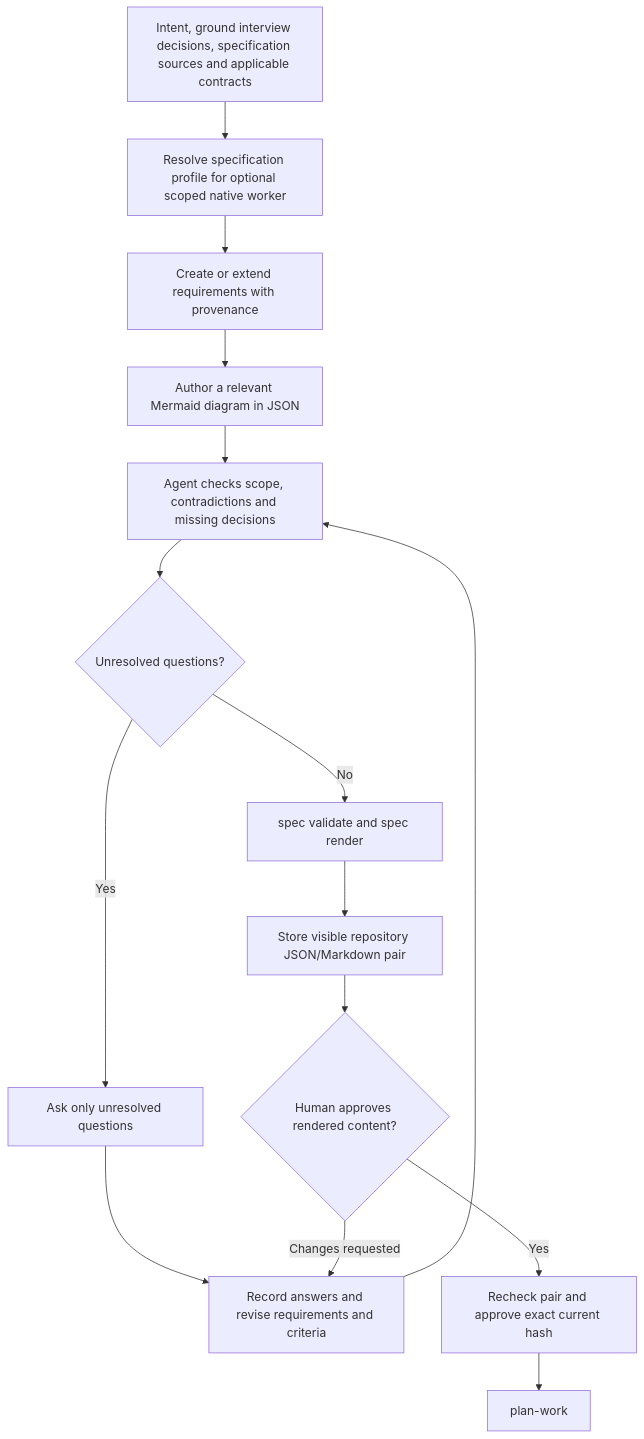
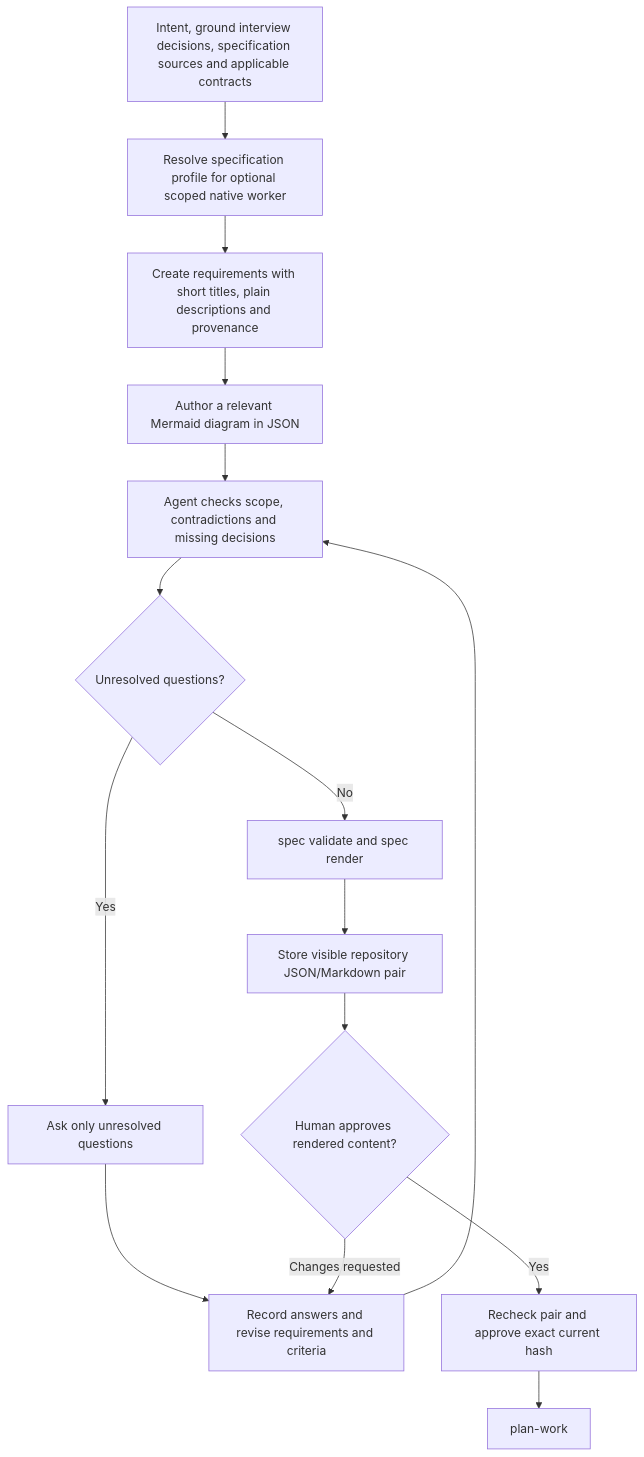
One commit to wgentil/devflow changed the diagram in skills/specify/SKILL.md. Above: the diagram before and after it, drawn with Mermaid. The commit also changed other lines of this file and 7 other files, not shown here.

````diff
--- a/skills/specify/SKILL.md
+++ b/skills/specify/SKILL.md
@@ -10,17 +10,17 @@
 ```mermaid
 flowchart TD
     Input["Intent, ground interview decisions, specification sources and applicable contracts"] --> Native["Resolve specification profile for optional scoped native worker"]
-    Native --> Draft["Create or extend requirements with provenance"]
+    Native --> Draft["Create requirements with short titles, plain descriptions and provenance"]
     Draft --> Diagram["Author a relevant Mermaid diagram in JSON"]
     Diagram --> Inspect["Agent checks scope, contradictions and missing decisions"]
     Inspect --> Gaps{"Unresolved questions?"}
     Gaps -->|Yes| Ask["Ask only unresolved questions"]
     Ask --> Revise["Record answers and revise requirements and criteria"]
     Revise --> Inspect
     Gaps -->|No| Validate["spec validate and spec render"]
     Validate --> Store["Store visible repository JSON/Markdown pair"]
     Store --> Human{"Human approves rendered content?"}
     Human -->|Changes requested| Revise
     Human -->|Yes| Approve["Recheck pair and approve exact current hash"]
     Approve --> Plan["plan-work"]
 ```
````
